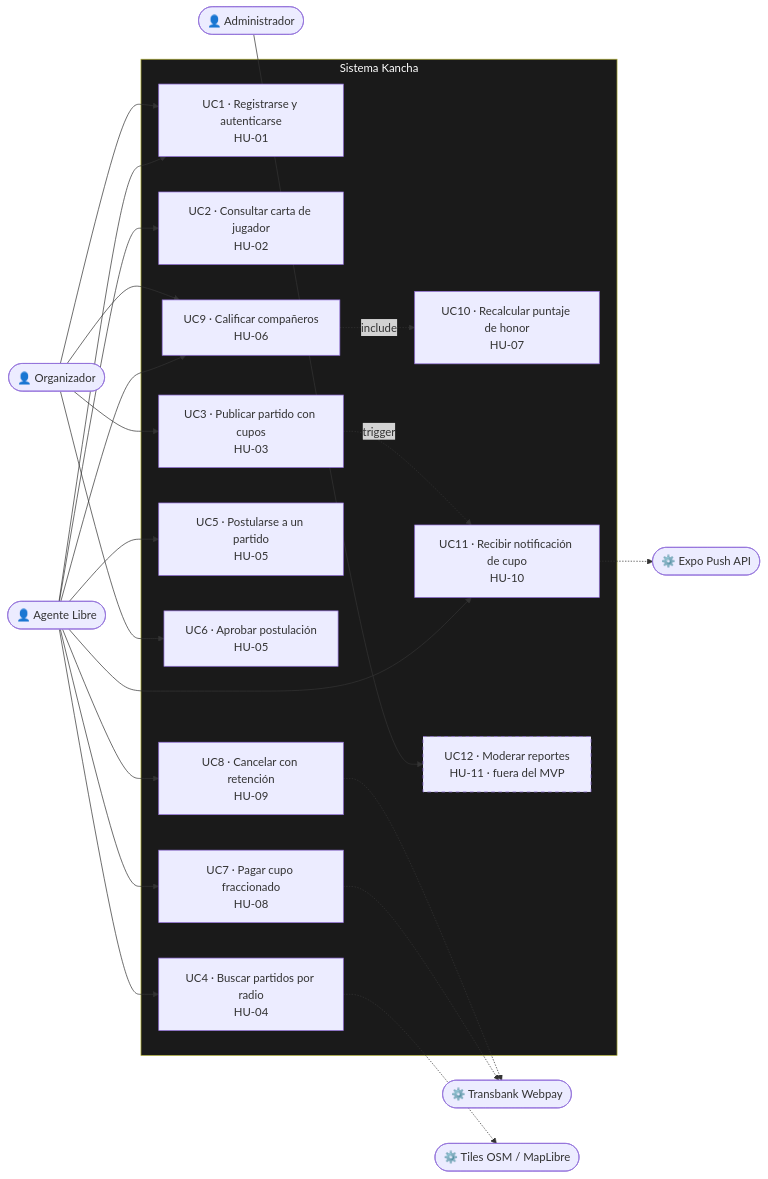
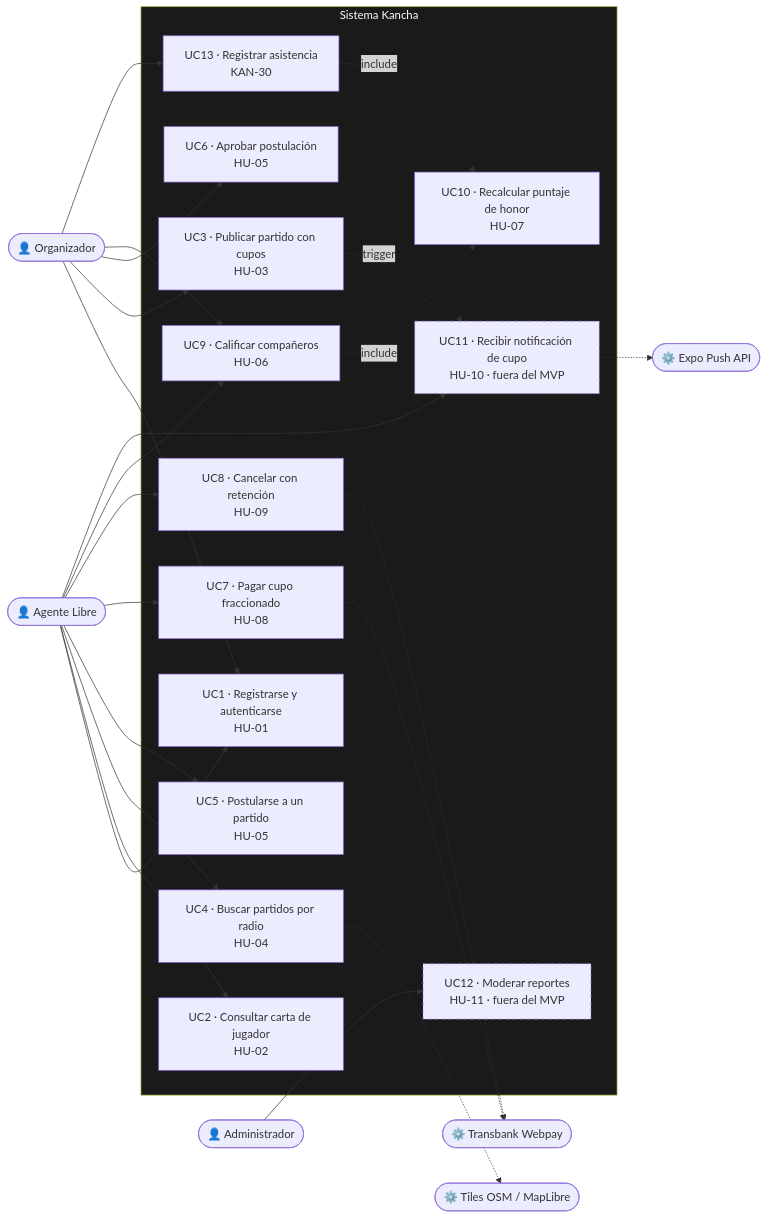
Before and after one commit to avenaaaa/KANCHA: the diagram in fase-2-desarrollo/docs/diagramas/casos-de-uso.mmd, drawn with Mermaid. The commit also changed 37 other files, not shown here.

First line of the commit message:
docs: documentación de cierre del Sprint 7 y HU-10 fuera de alcance (KAN-23, KAN-30)

```diff
--- a/fase-2-desarrollo/docs/diagramas/casos-de-uso.mmd
+++ b/fase-2-desarrollo/docs/diagramas/casos-de-uso.mmd
@@ -1,36 +1,39 @@
 flowchart LR
     AL(["👤 Agente Libre"])
     OR(["👤 Organizador"])
     AD(["👤 Administrador"])
     TBK(["⚙️ Transbank Webpay"])
     PUSH(["⚙️ Expo Push API"])
     MAP(["⚙️ Tiles OSM / MapLibre"])
 
     subgraph KANCHA["Sistema Kancha"]
         UC1["UC1 · Registrarse y autenticarse<br/>HU-01"]
         UC2["UC2 · Consultar carta de jugador<br/>HU-02"]
         UC3["UC3 · Publicar partido con cupos<br/>HU-03"]
         UC4["UC4 · Buscar partidos por radio<br/>HU-04"]
         UC5["UC5 · Postularse a un partido<br/>HU-05"]
         UC6["UC6 · Aprobar postulación<br/>HU-05"]
         UC7["UC7 · Pagar cupo fraccionado<br/>HU-08"]
         UC8["UC8 · Cancelar con retención<br/>HU-09"]
         UC9["UC9 · Calificar compañeros<br/>HU-06"]
         UC10["UC10 · Recalcular puntaje de honor<br/>HU-07"]
-        UC11["UC11 · Recibir notificación de cupo<br/>HU-10"]
+        UC11["UC11 · Recibir notificación de cupo<br/>HU-10 · fuera del MVP"]
         UC12["UC12 · Moderar reportes<br/>HU-11 · fuera del MVP"]
+        UC13["UC13 · Registrar asistencia<br/>KAN-30"]
     end
 
     AL --> UC1 & UC2 & UC4 & UC5 & UC7 & UC8 & UC9 & UC11
-    OR --> UC1 & UC3 & UC6 & UC9
+    OR --> UC1 & UC3 & UC6 & UC9 & UC13
     AD --> UC12
 
     UC7 -.-> TBK
     UC8 -.-> TBK
     UC9 -.->|"include"| UC10
     UC4 -.-> MAP
     UC11 -.-> PUSH
     UC3 -.->|"trigger"| UC11
+    UC13 -.->|"include"| UC10
 
+    style UC11 stroke-dasharray: 5 5
     style UC12 stroke-dasharray: 5 5
     style KANCHA fill:#1A1A1A,color:#FFFFFF
```
